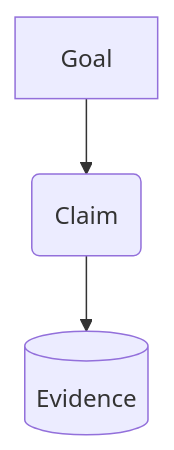
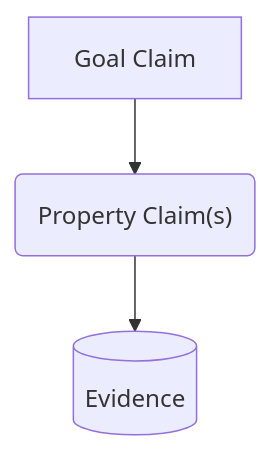
The first of 6 diagrams in site/docs/guidance/core-elements.md (alan-turing-institute/AssurancePlatform), drawn with Mermaid before and after one commit. The commit also changed other lines of this file, not shown here.

````diff
--- a/site/docs/guidance/core-elements.md
+++ b/site/docs/guidance/core-elements.md
@@ -23,5 +28,5 @@
 ``` mermaid
 graph TD
-  A[Goal] --> B(Claim);
-  B:::annotate --> C[(Evidence)];
+  A[Goal Claim] --> B("`Property Claim(s)`");
+  B --> C[(Evidence)];
 ```
````
